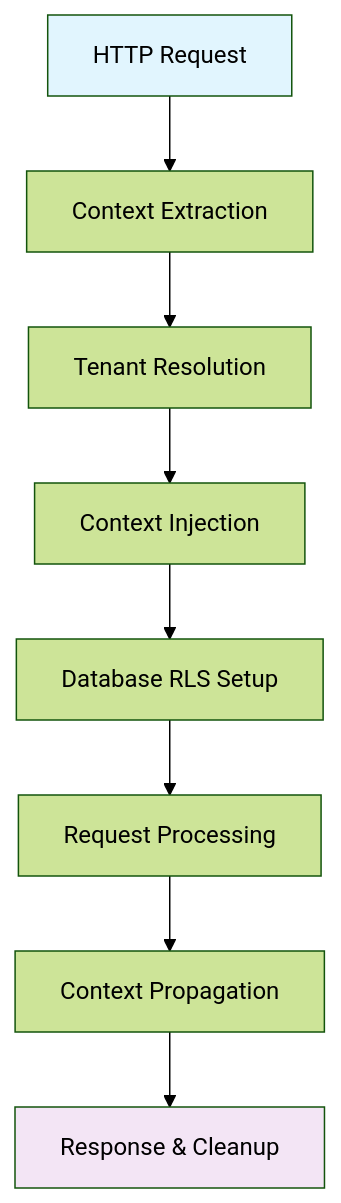
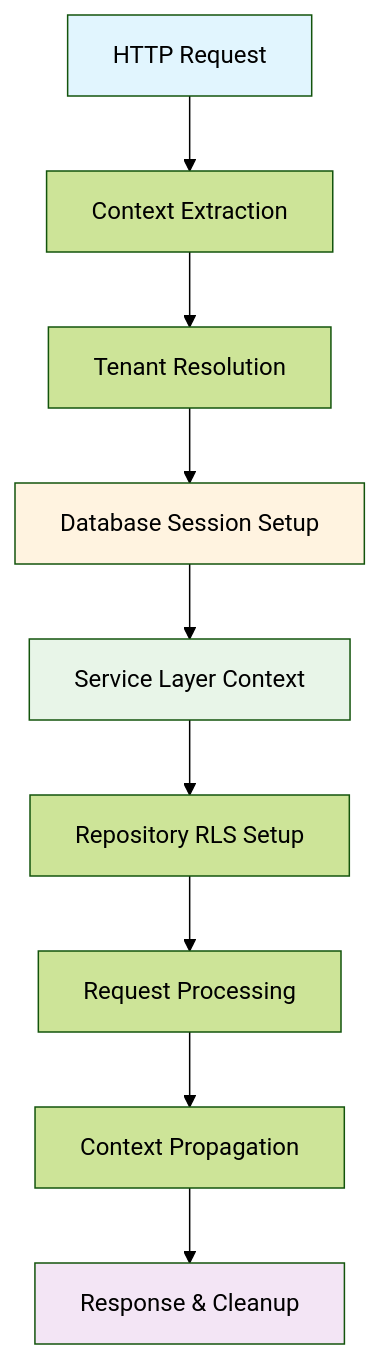
The diagram in docs/TENANT_CONTEXT_LIFECYCLE.md (niiniyare/erp), drawn with Mermaid (forest theme) before and after one commit. The commit also changed other lines of this file and 4 other files, not shown here.

````diff
--- a/docs/TENANT_CONTEXT_LIFECYCLE.md
+++ b/docs/TENANT_CONTEXT_LIFECYCLE.md
@@ -10,13 +50,16 @@
 ```mermaid
 graph TD
     A[HTTP Request] --> B[Context Extraction]
     B --> C[Tenant Resolution]
-    C --> D[Context Injection]
-    D --> E[Database RLS Setup]
-    E --> F[Request Processing]
-    F --> G[Context Propagation]
-    G --> H[Response & Cleanup]
+    C --> D[Database Session Setup]
+    D --> E[Service Layer Context]
+    E --> F[Repository RLS Setup]
+    F --> G[Request Processing]
+    G --> H[Context Propagation]
+    H --> I[Response & Cleanup]
     
     style A fill:#e1f5fe
-    style H fill:#f3e5f5
+    style D fill:#fff3e0
+    style E fill:#e8f5e8
+    style I fill:#f3e5f5
 ```
````
